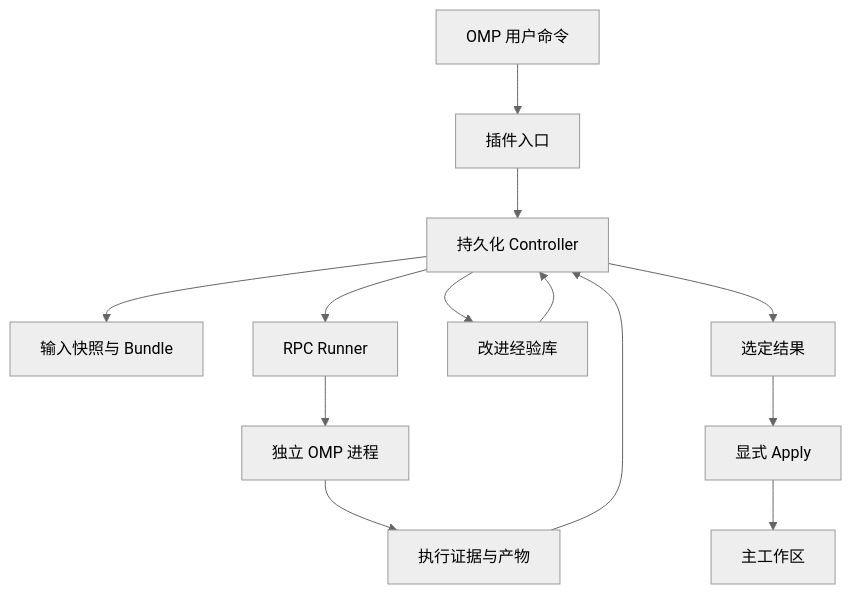
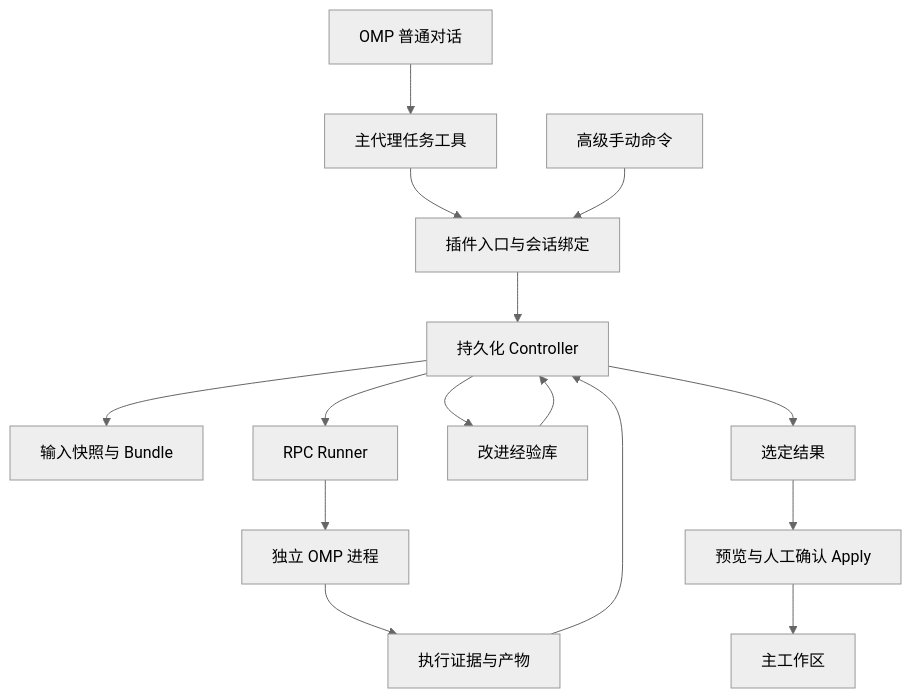
The first of 3 diagrams in docs/architecture.md (HugeKangroo/omp-harness2), drawn with Mermaid (neutral theme) before and after one commit. The commit also changed other lines of this file and 13 other files, not shown here.

````diff
--- a/docs/architecture.md
+++ b/docs/architecture.md
@@ -21,15 +21,17 @@
 ```mermaid
 flowchart TD
-    U[OMP 用户命令] --> P[插件入口]
+    U[OMP 普通对话] --> M[主代理任务工具]
+    M --> P[插件入口与会话绑定]
+    H[高级手动命令] --> P
     P --> C[持久化 Controller]
     C --> S[输入快照与 Bundle]
     C --> R[RPC Runner]
     R --> W[独立 OMP 进程]
     W --> E[执行证据与产物]
     E --> C
     C --> L[改进经验库]
     L --> C
     C --> A[选定结果]
-    A --> D[显式 Apply]
+    A --> D[预览与人工确认 Apply]
     D --> F[主工作区]
 ```
````
